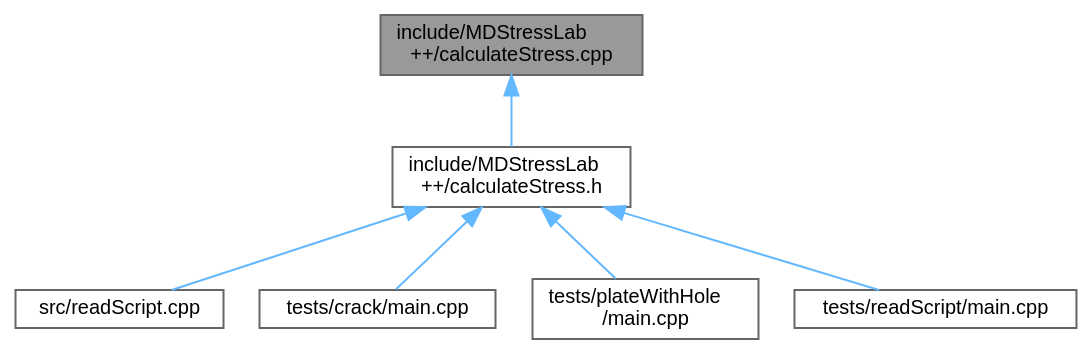
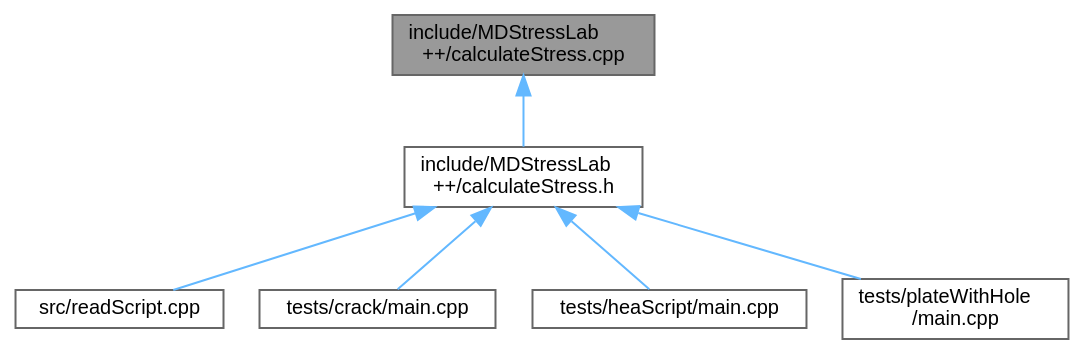
The diagram in calculateStress_8cpp__dep__incl.dot (nikhil-admal/mdstresslab), drawn with Graphviz before and after one commit. The commit also changed 110 other files, not shown here.

```diff
--- a/calculateStress_8cpp__dep__incl.dot
+++ b/calculateStress_8cpp__dep__incl.dot
@@ -1,18 +1,18 @@
 digraph "include/MDStressLab++/calculateStress.cpp"
 {
  // LATEX_PDF_SIZE
   bgcolor="transparent";
   edge [fontname=Helvetica,fontsize=10,labelfontname=Helvetica,labelfontsize=10];
   node [fontname=Helvetica,fontsize=10,shape=box,height=0.2,width=0.4];
   Node1 [id="Node000001",label="include/MDStressLab\l++/calculateStress.cpp",height=0.2,width=0.4,color="gray40", fillcolor="grey60", style="filled", fontcolor="black",tooltip=" "];
   Node1 -> Node2 [id="edge1_Node000001_Node000002",dir="back",color="steelblue1",style="solid",tooltip=" "];
   Node2 [id="Node000002",label="include/MDStressLab\l++/calculateStress.h",height=0.2,width=0.4,color="grey40", fillcolor="white", style="filled",URL="$calculateStress_8h.html",tooltip=" "];
   Node2 -> Node3 [id="edge2_Node000002_Node000003",dir="back",color="steelblue1",style="solid",tooltip=" "];
   Node3 [id="Node000003",label="src/readScript.cpp",height=0.2,width=0.4,color="grey40", fillcolor="white", style="filled",URL="$readScript_8cpp.html",tooltip=" "];
   Node2 -> Node4 [id="edge3_Node000002_Node000004",dir="back",color="steelblue1",style="solid",tooltip=" "];
   Node4 [id="Node000004",label="tests/crack/main.cpp",height=0.2,width=0.4,color="grey40", fillcolor="white", style="filled",URL="$crack_2main_8cpp.html",tooltip=" "];
   Node2 -> Node5 [id="edge4_Node000002_Node000005",dir="back",color="steelblue1",style="solid",tooltip=" "];
-  Node5 [id="Node000005",label="tests/plateWithHole\l/main.cpp",height=0.2,width=0.4,color="grey40", fillcolor="white", style="filled",URL="$plateWithHole_2main_8cpp.html",tooltip=" "];
+  Node5 [id="Node000005",label="tests/heaScript/main.cpp",height=0.2,width=0.4,color="grey40", fillcolor="white", style="filled",URL="$heaScript_2main_8cpp.html",tooltip=" "];
   Node2 -> Node6 [id="edge5_Node000002_Node000006",dir="back",color="steelblue1",style="solid",tooltip=" "];
-  Node6 [id="Node000006",label="tests/readScript/main.cpp",height=0.2,width=0.4,color="grey40", fillcolor="white", style="filled",URL="$readScript_2main_8cpp.html",tooltip=" "];
+  Node6 [id="Node000006",label="tests/plateWithHole\l/main.cpp",height=0.2,width=0.4,color="grey40", fillcolor="white", style="filled",URL="$plateWithHole_2main_8cpp.html",tooltip=" "];
 }
```
